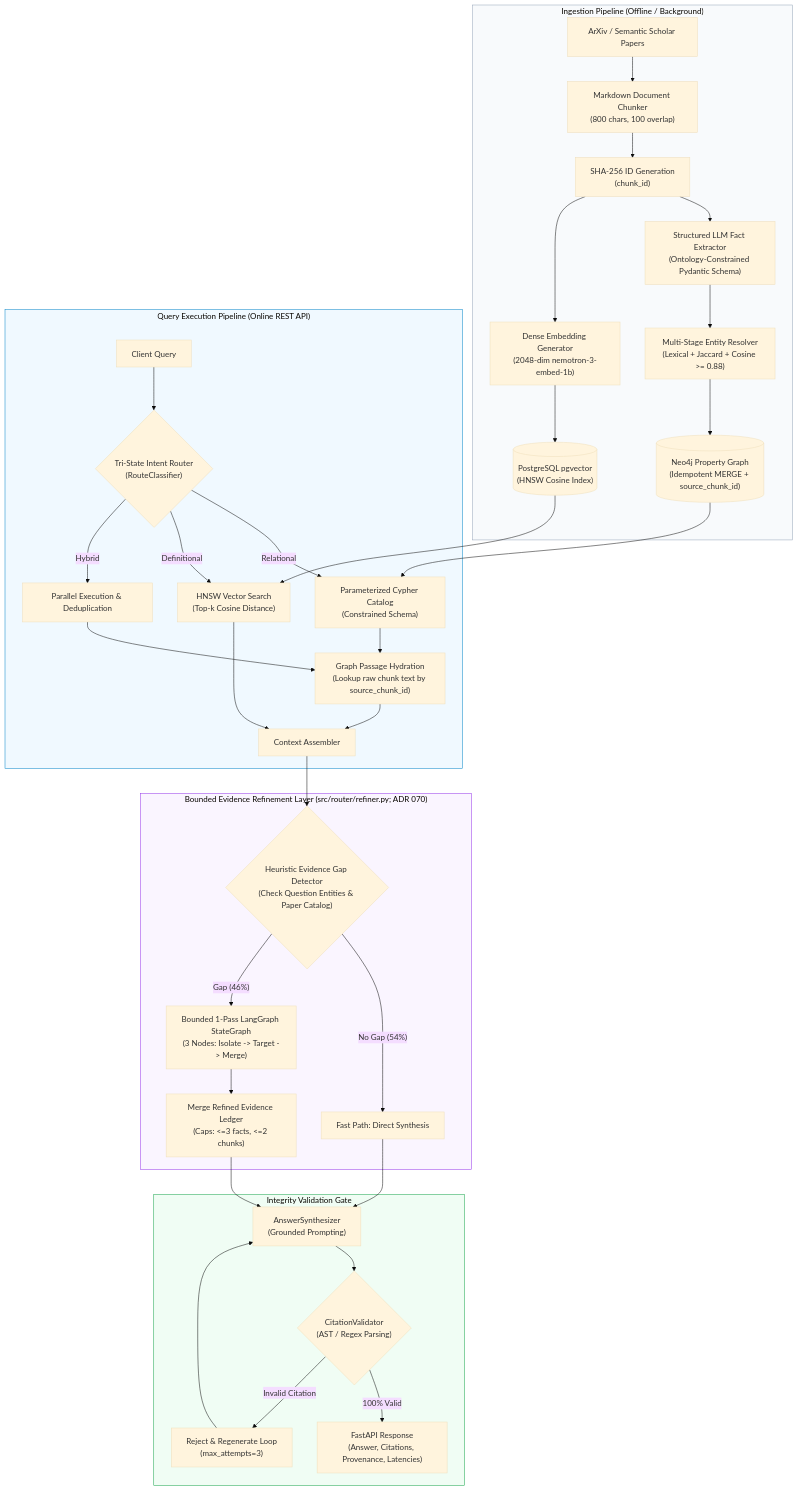
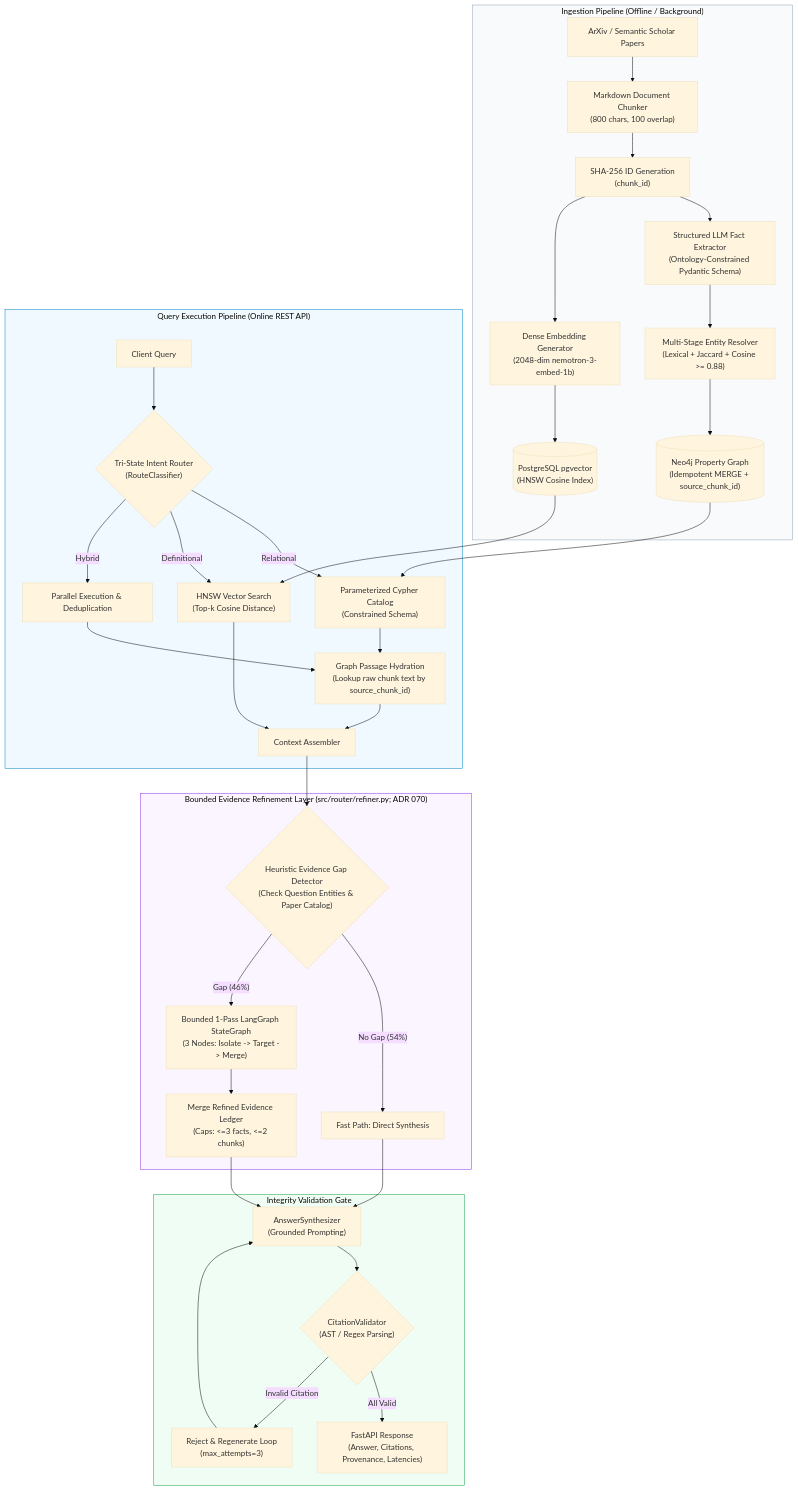
The diagram in Docs/ARCHITECTURE.md (devy52/GraphRAG-For-Enterprise-Data-Arxiv-), drawn with Mermaid (base theme) before and after one commit. The commit also changed other lines of this file and 6 other files, not shown here.

````diff
--- a/Docs/ARCHITECTURE.md
+++ b/Docs/ARCHITECTURE.md
@@ -16,49 +16,49 @@
 ```mermaid
 graph TD
     subgraph Ingestion ["Ingestion Pipeline (Offline / Background)"]
         RawDocs["ArXiv / Semantic Scholar Papers"] --> Chunker["Markdown Document Chunker<br/>(800 chars, 100 overlap)"]
         Chunker --> Hash["SHA-256 ID Generation<br/>(chunk_id)"]
         Hash --> Extractor["Structured LLM Fact Extractor<br/>(Ontology-Constrained Pydantic Schema)"]
         Hash --> Embedder["Dense Embedding Generator<br/>(2048-dim nemotron-3-embed-1b)"]
         Extractor --> Resolver["Multi-Stage Entity Resolver<br/>(Lexical + Jaccard + Cosine >= 0.88)"]
         Resolver --> NeoStore[("Neo4j Property Graph<br/>(Idempotent MERGE + source_chunk_id)")]
         Embedder --> PgStore[("PostgreSQL pgvector<br/>(HNSW Cosine Index)")]
     end
 
     subgraph QueryExecution ["Query Execution Pipeline (Online REST API)"]
         ClientQuery["Client Query"] --> Router{"Tri-State Intent Router<br/>(RouteClassifier)"}
         Router -->|"Relational"| NeoTraverse["Parameterized Cypher Catalog<br/>(Constrained Schema)"]
         Router -->|"Definitional"| VecSearch["HNSW Vector Search<br/>(Top-k Cosine Distance)"]
         Router -->|"Hybrid"| DualExec["Parallel Execution & Deduplication"]
 
         NeoStore --> NeoTraverse
         PgStore --> VecSearch
 
         NeoTraverse --> Hydrate["Graph Passage Hydration<br/>(Lookup raw chunk text by source_chunk_id)"]
         VecSearch --> ContextMerge["Context Assembler"]
         DualExec --> Hydrate
         Hydrate --> ContextMerge
     end
 
     subgraph SelectiveRefinement ["Bounded Evidence Refinement Layer (src/router/refiner.py; ADR 070)"]
         ContextMerge --> GapDetector{"Heuristic Evidence Gap Detector<br/>(Check Question Entities & Paper Catalog)"}
         GapDetector -->|"No Gap (54%)"| DirectSynth["Fast Path: Direct Synthesis"]
         GapDetector -->|"Gap (46%)"| LGPass["Bounded 1-Pass LangGraph StateGraph<br/>(3 Nodes: Isolate -> Target -> Merge)"]
         LGPass --> SynthMerge["Merge Refined Evidence Ledger<br/>(Caps: <=3 facts, <=2 chunks)"]
     end
 
     DirectSynth --> Synthesizer["AnswerSynthesizer<br/>(Grounded Prompting)"]
     SynthMerge --> Synthesizer
 
     subgraph HardGate ["Integrity Validation Gate"]
         Synthesizer --> ValAST{"CitationValidator<br/>(AST / Regex Parsing)"}
-        ValAST -->|"100% Valid"| ValidResponse["FastAPI Response<br/>(Answer, Citations, Provenance, Latencies)"]
+        ValAST -->|"All Valid"| ValidResponse["FastAPI Response<br/>(Answer, Citations, Provenance, Latencies)"]
         ValAST -->|"Invalid Citation"| Regenerate["Reject & Regenerate Loop<br/>(max_attempts=3)"]
         Regenerate --> Synthesizer
     end
 
     style Ingestion fill:#f8fafc,stroke:#94a3b8,stroke-width:1px
     style QueryExecution fill:#f0f9ff,stroke:#0284c7,stroke-width:1px
     style SelectiveRefinement fill:#faf5ff,stroke:#9333ea,stroke-width:1px
     style HardGate fill:#f0fdf4,stroke:#16a34a,stroke-width:1px
 ```
````
